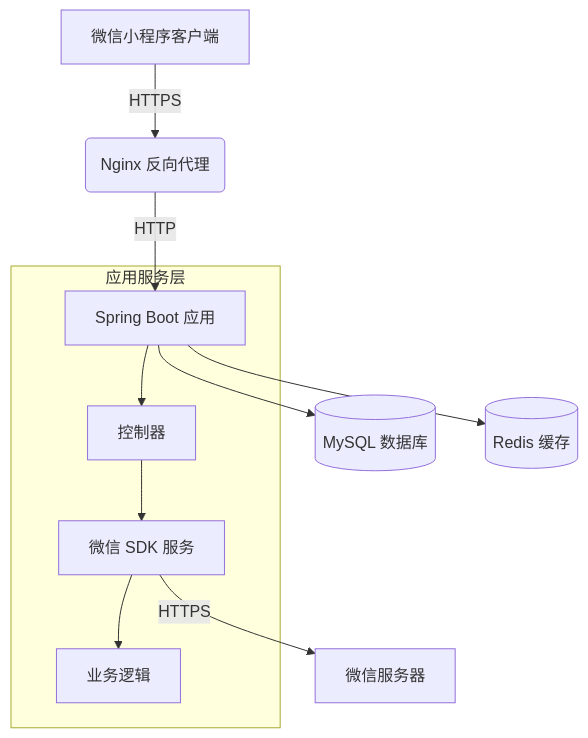
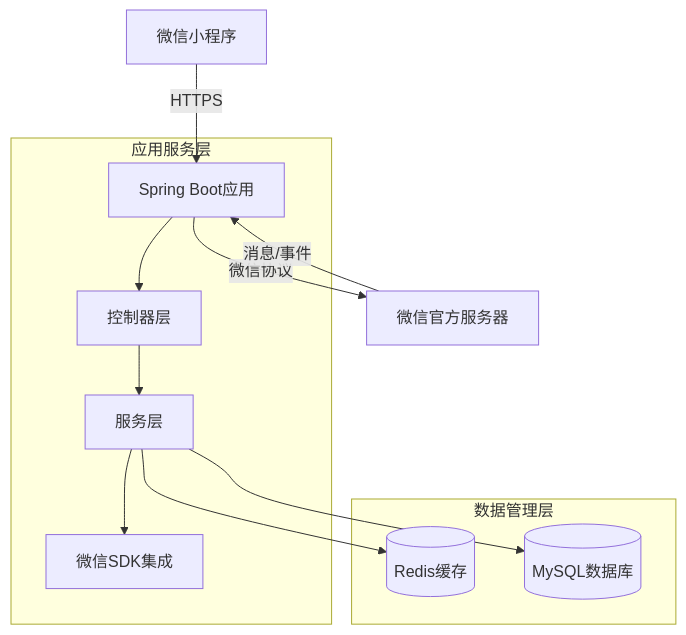
The diagram in docs/zh/summary/system_architecture.md (v-wjrong/imrrong_weixin-java-miniapp-demo), drawn with Mermaid before and after one commit. The commit also changed other lines of this file and 37 other files, not shown here.

````diff
--- a/docs/zh/summary/system_architecture.md
+++ b/docs/zh/summary/system_architecture.md
@@ -63,13 +86,15 @@
 ```mermaid
 graph TD
-    A[微信小程序客户端] -- HTTPS --> B(Nginx 反向代理)
-    B -- HTTP --> C[Spring Boot 应用]
+    A[微信小程序] -- HTTPS --> B[Spring Boot应用]
+    B -- 微信协议 --> C[微信官方服务器]
     subgraph 应用服务层
-        C --> D[控制器]
-        D --> E[微信 SDK 服务]
-        E --> F[业务逻辑]
+        B --> D[控制器层]
+        D --> E[服务层]
+        E --> F[微信SDK集成]
     end
-    C --> G[(MySQL 数据库)]
-    C --> H[(Redis 缓存)]
-    E -- HTTPS --> I[微信服务器]
+    subgraph 数据管理层
+        E --> G[(Redis缓存)]
+        E --> H[(MySQL数据库)]
+    end
+    C -- 消息/事件 --> B
 ```
````
